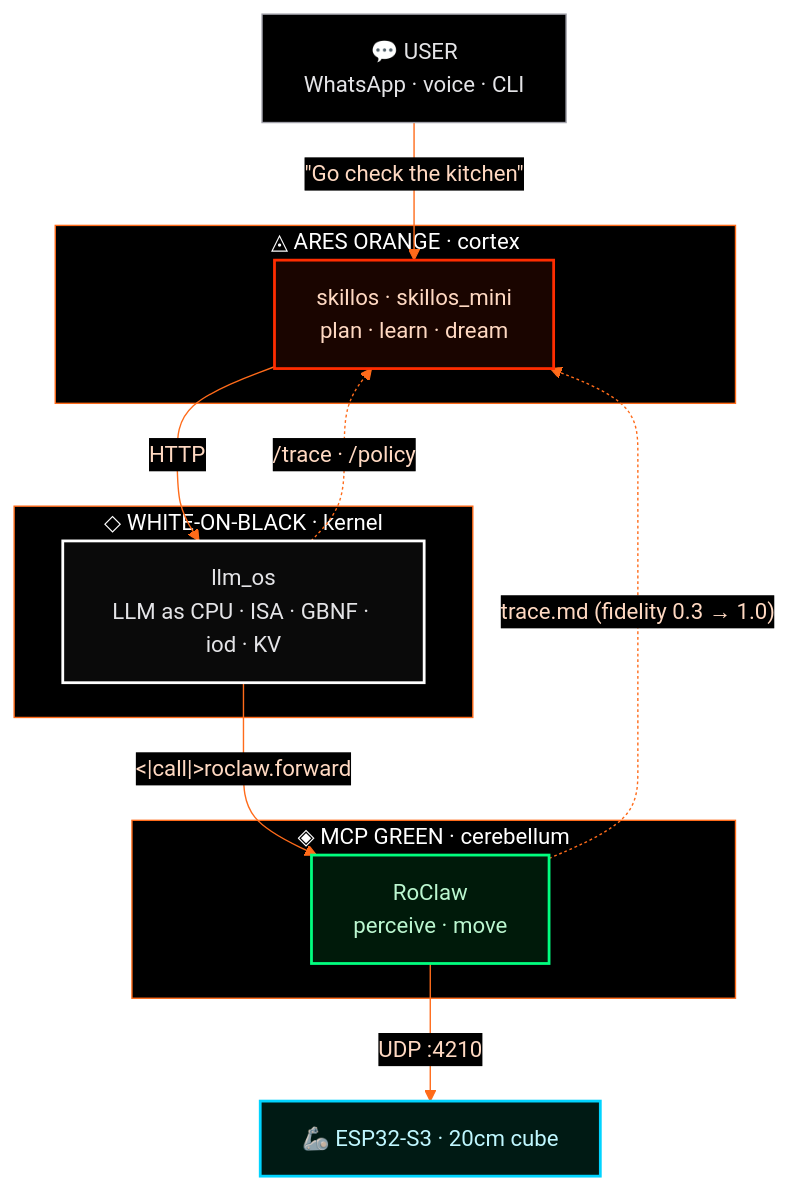
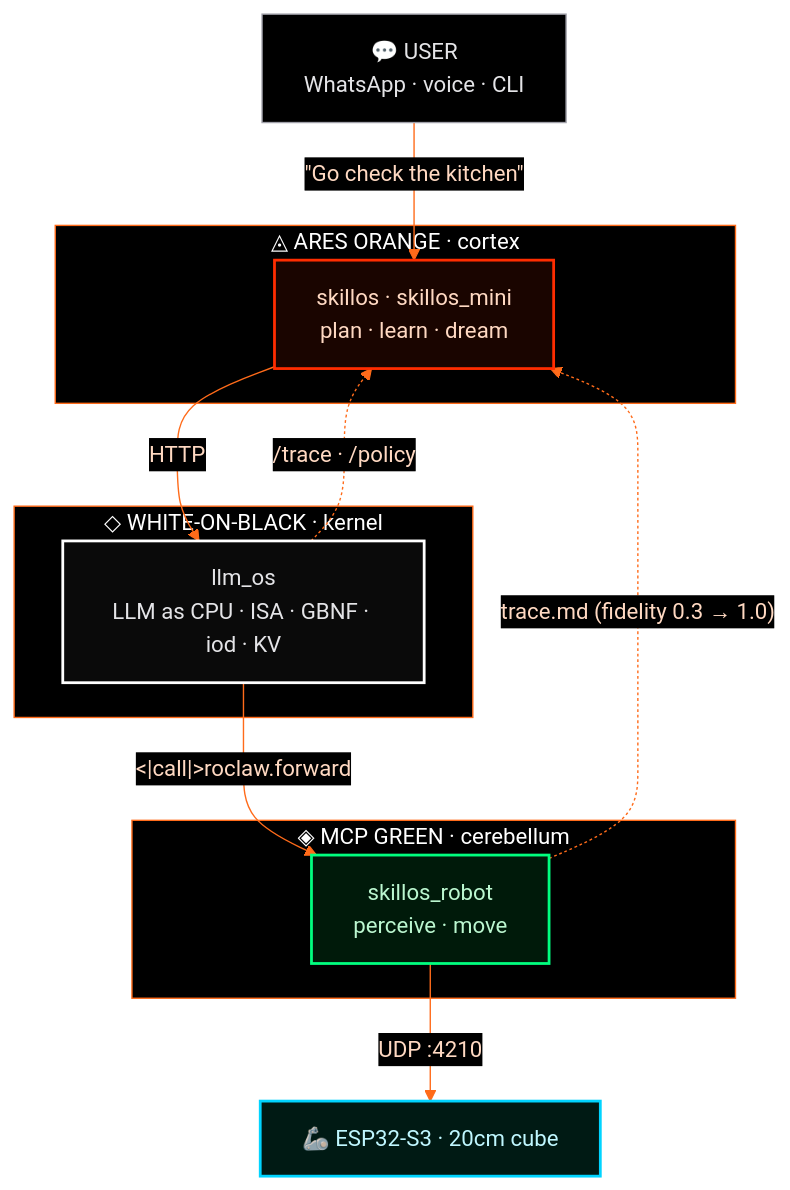
The second of 2 diagrams in profile/README.md (EvolvingAgentsLabs/.github), drawn with Mermaid before and after one commit. The commit also changed other lines of this file and 1 other file, not shown here.

First line of the commit message:
rename: RoClaw → skillos_robot in org profile

````diff
--- a/profile/README.md
+++ b/profile/README.md
@@ -184,38 +184,38 @@
 ```mermaid
 %%{init: {'theme':'base', 'themeVariables': {
   'primaryColor':'#1a0500','primaryTextColor':'#ffd9c2','primaryBorderColor':'#ff2d00',
   'lineColor':'#ff6b1a','secondaryColor':'#001a14','tertiaryColor':'#000',
   'background':'#000','mainBkg':'#1a0500',
   'clusterBkg':'#000','clusterBorder':'#ff6b1a',
   'edgeLabelBackground':'#000',
   'fontFamily':'ui-monospace, SF Mono, Menlo, Consolas, monospace'
 }}}%%
 flowchart TB
     User["💬 USER<br/>WhatsApp · voice · CLI"] -- "&quot;Go check the kitchen&quot;" --> Cortex
     subgraph Cortex_Layer ["◬ ARES ORANGE · cortex"]
         Cortex["skillos · skillos_mini<br/>plan · learn · dream"]
     end
     Cortex -- "HTTP" --> Kernel
     subgraph Kernel_Layer ["◇ WHITE-ON-BLACK · kernel"]
         Kernel["llm_os<br/>LLM as CPU · ISA · GBNF · iod · KV"]
     end
     Kernel -- "&lt;|call|&gt;roclaw.forward" --> Cereb
     subgraph Cereb_Layer ["◈ MCP GREEN · cerebellum"]
-        Cereb["RoClaw<br/>perceive · move"]
+        Cereb["skillos_robot<br/>perceive · move"]
     end
     Cereb -- "UDP :4210" --> HW["🦾 ESP32-S3 · 20cm cube"]
 
     Cereb -. "trace.md (fidelity 0.3 → 1.0)" .-> Cortex
     Kernel -. "/trace · /policy" .-> Cortex
 
     classDef cortexCls fill:#1a0500,stroke:#ff2d00,color:#ffd9c2,stroke-width:2px;
     classDef kernCls   fill:#0a0a0a,stroke:#ffffff,color:#e4e4e7,stroke-width:2px;
     classDef cerebCls  fill:#001a0a,stroke:#00ff7f,color:#bbf7d0,stroke-width:2px;
     classDef hwCls     fill:#001a14,stroke:#00d4ff,color:#bff7ff,stroke-width:2px;
     classDef userCls   fill:#000,stroke:#a1a1aa,color:#e4e4e7;
     class Cortex cortexCls;
     class Kernel kernCls;
     class Cereb cerebCls;
     class HW hwCls;
     class User userCls;
 ```
````
